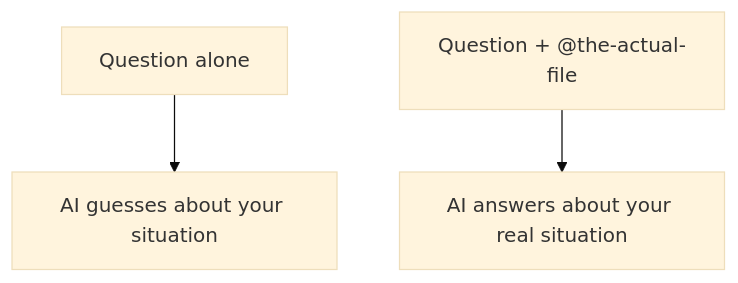
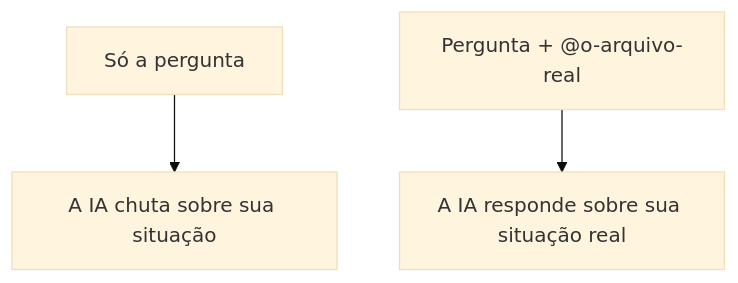
The diagram in content/ai/a04.pt.md (KakkoiDev/izumo-io), drawn with Mermaid (base theme) before and after one commit. The commit also changed 47 other files, not shown here.

First line of the commit message:
Translate mermaid diagram labels to JA + PT in AI lessons

````diff
--- a/content/ai/a04.pt.md
+++ b/content/ai/a04.pt.md
@@ -29,5 +29,5 @@
 ```mermaid
 flowchart TD
-    Q[Question alone] --> G[AI guesses about your situation]
-    QC["Question + @the-actual-file"] --> A[AI answers about your real situation]
+    Q[Só a pergunta] --> G[A IA chuta sobre sua situação]
+    QC["Pergunta + @o-arquivo-real"] --> A[A IA responde sobre sua situação real]
 ```
````
